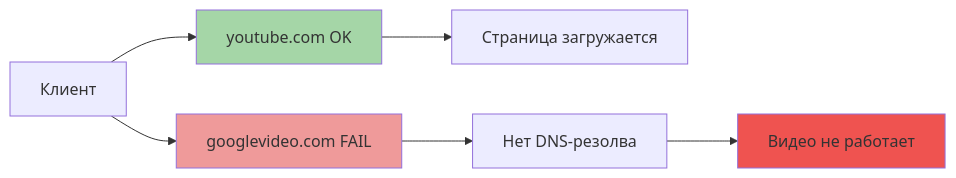
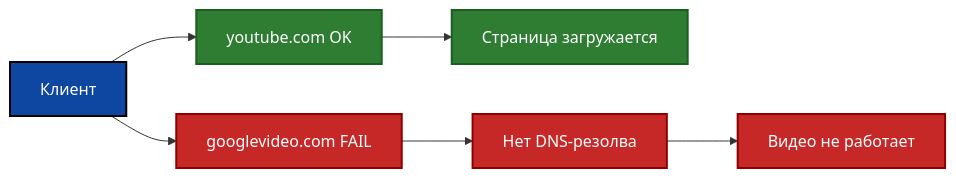
The third of 6 diagrams in README.ru.md (KosenkovPro/youtube-video-not-loading-fix), drawn with Mermaid before and after one commit. The commit also changed other lines of this file, not shown here.

````diff
--- a/README.ru.md
+++ b/README.ru.md
@@ -66,14 +69,17 @@
 ```mermaid
 flowchart LR
     A[Клиент] --> B[youtube.com OK]
     A --> C[googlevideo.com FAIL]
 
     B --> D[Страница загружается]
     C --> E[Нет DNS-резолва]
 
     E --> F[Видео не работает]
 
-    style B fill:#a5d6a7
-    style C fill:#ef9a9a
-    style F fill:#ef5350
+    style A fill:#0d47a1,stroke:#000000,stroke-width:2px,color:#ffffff
+    style B fill:#2e7d32,stroke:#1b5e20,stroke-width:2px,color:#ffffff
+    style D fill:#2e7d32,stroke:#1b5e20,stroke-width:2px,color:#ffffff
+    style C fill:#c62828,stroke:#8e0000,stroke-width:2px,color:#ffffff
+    style E fill:#c62828,stroke:#8e0000,stroke-width:2px,color:#ffffff
+    style F fill:#c62828,stroke:#8e0000,stroke-width:2px,color:#ffffff
 ```
````
